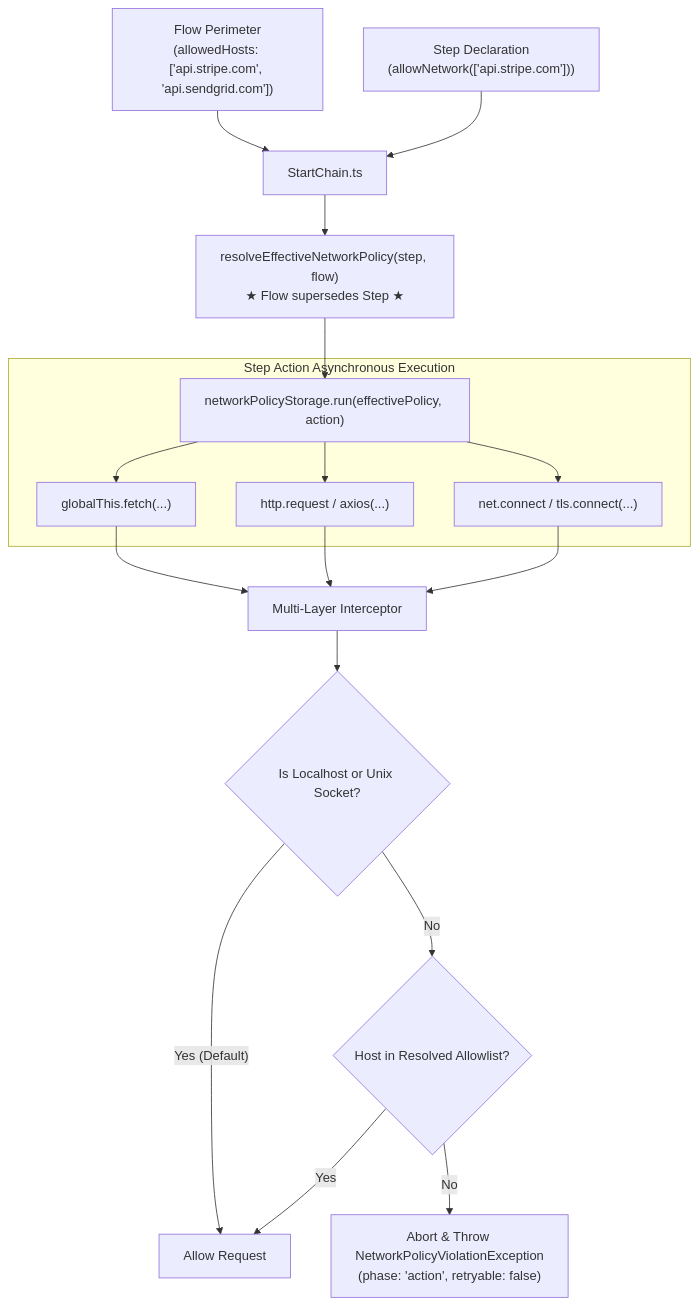
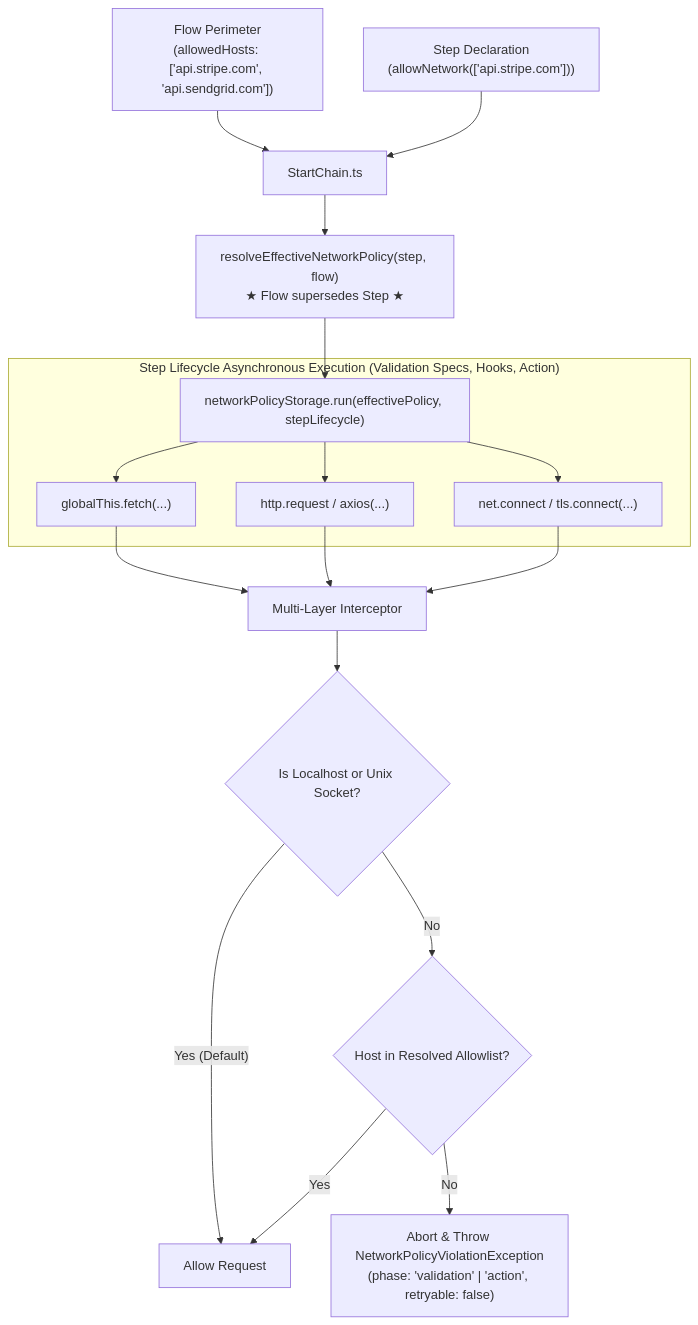
Before and after one commit to jsoftgem/siglo: the diagram in docs/network-egress-policy.md, drawn with Mermaid. The commit also changed other lines of this file and 10 other files, not shown here.

First line of the commit message:
feat(core): harden step lifecycle, early network egress policy, and timeout resilience

````diff
--- a/docs/network-egress-policy.md
+++ b/docs/network-egress-policy.md
@@ -30,25 +30,25 @@
 ```mermaid
 flowchart TD
     Flow["Flow Perimeter<br/>(allowedHosts: ['api.stripe.com', 'api.sendgrid.com'])"] --> StartChain["StartChain.ts"]
     Step["Step Declaration<br/>(allowNetwork(['api.stripe.com']))"] --> StartChain
 
     StartChain --> Resolver["resolveEffectiveNetworkPolicy(step, flow)<br/>★ Flow supersedes Step ★"]
-    Resolver --> ASL["networkPolicyStorage.run(effectivePolicy, action)"]
+    Resolver --> ASL["networkPolicyStorage.run(effectivePolicy, stepLifecycle)"]
 
-    subgraph StepExecution ["Step Action Asynchronous Execution"]
+    subgraph StepExecution ["Step Lifecycle Asynchronous Execution (Validation Specs, Hooks, Action)"]
         ASL --> Fetch["globalThis.fetch(...)"]
         ASL --> HttpReq["http.request / axios(...)"]
         ASL --> SocketConn["net.connect / tls.connect(...)"]
     end
 
     Fetch --> Interceptors["Multi-Layer Interceptor"]
     HttpReq --> Interceptors
     SocketConn --> Interceptors
 
     Interceptors --> IsLocal{"Is Localhost or Unix Socket?"}
     IsLocal -- "Yes (Default)" --> Allow["Allow Request"]
     IsLocal -- "No" --> CheckAllowlist{"Host in Resolved Allowlist?"}
 
     CheckAllowlist -- "Yes" --> Allow
-    CheckAllowlist -- "No" --> Block["Abort & Throw NetworkPolicyViolationException<br/>(phase: 'action', retryable: false)"]
+    CheckAllowlist -- "No" --> Block["Abort & Throw NetworkPolicyViolationException<br/>(phase: 'validation' | 'action', retryable: false)"]
 ```
````
